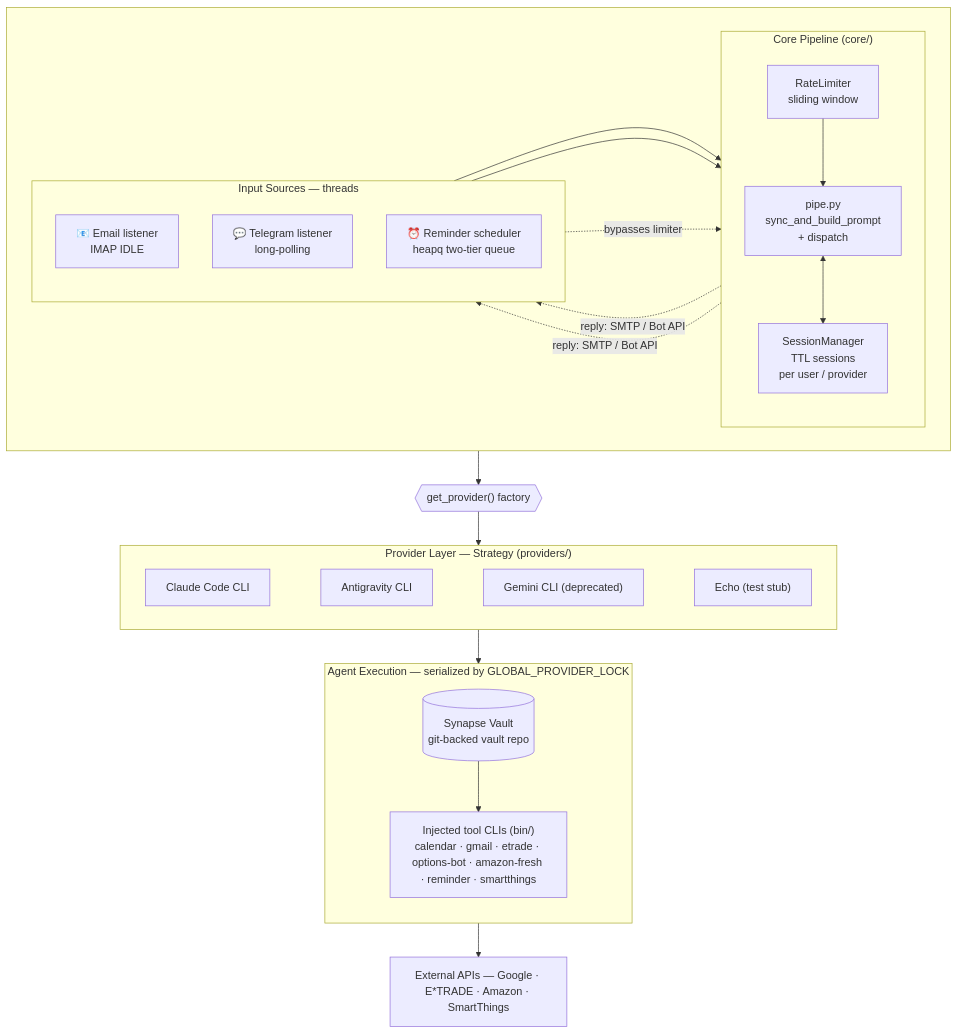
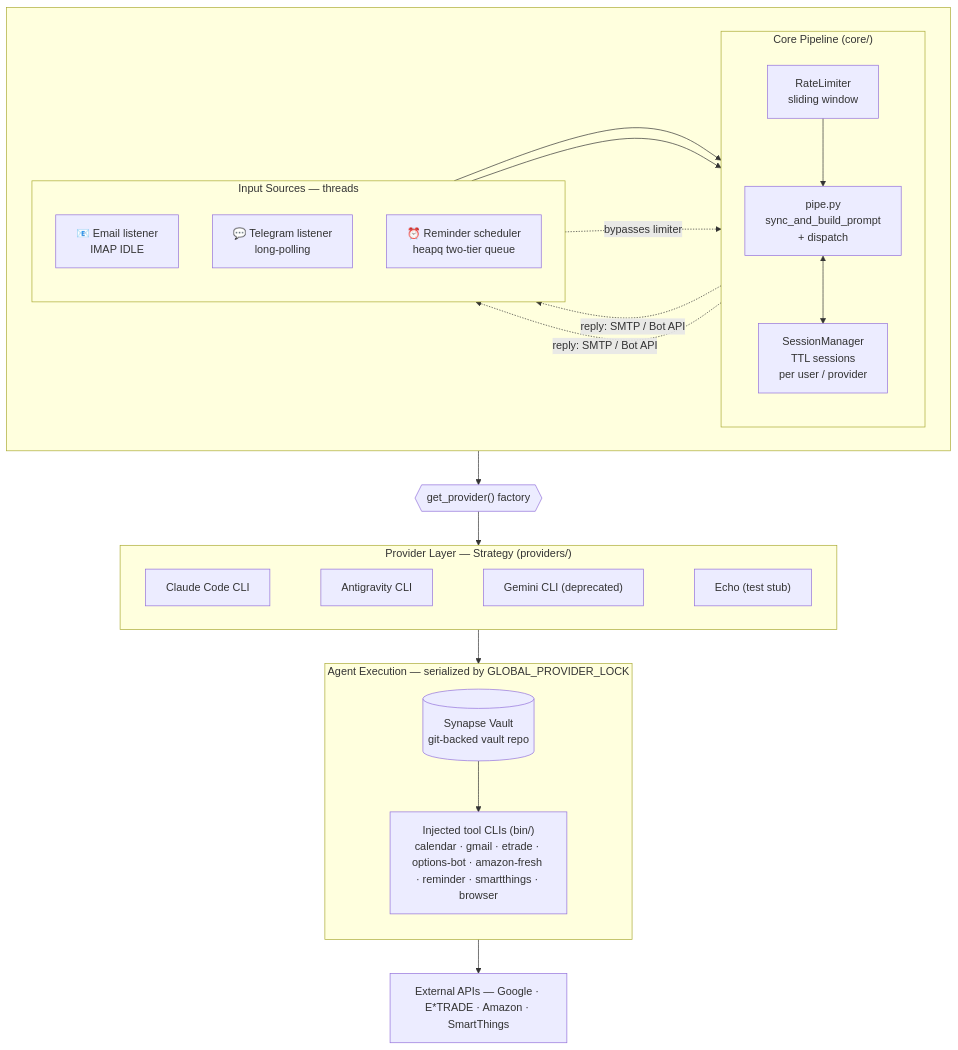
The diagram in README.md (kristianolsson/synapse-engine), drawn with Mermaid before and after one commit. The commit also changed other lines of this file and 46 other files, not shown here.

````diff
--- a/README.md
+++ b/README.md
@@ -30,49 +30,49 @@
 ```mermaid
 flowchart TB
     subgraph top[" "]
         direction LR
         subgraph core["Core Pipeline (core/)"]
             direction TB
             RL["RateLimiter<br/>sliding window"]
             PIPE["pipe.py<br/>sync_and_build_prompt<br/>+ dispatch"]
             SM["SessionManager<br/>TTL sessions<br/>per user / provider"]
             RL --> PIPE
             PIPE <--> SM
         end
         subgraph inputs["Input Sources — threads"]
             direction TB
             EM["📧 Email listener<br/>IMAP IDLE"]
             TG["💬 Telegram listener<br/>long-polling"]
             SC["⏰ Reminder scheduler<br/>heapq two-tier queue"]
         end
     end
 
     FACT{{"get_provider() factory"}}
 
     subgraph prov["Provider Layer — Strategy (providers/)"]
         direction LR
         CLA["Claude Code CLI"]
         AGY["Antigravity CLI"]
         GEM["Gemini CLI (deprecated)"]
         ECHO["Echo (test stub)"]
         CLA ~~~ AGY ~~~ GEM ~~~ ECHO
     end
 
     subgraph exec["Agent Execution — serialized by GLOBAL_PROVIDER_LOCK"]
         direction TB
         VAULT[("Synapse Vault<br/>git-backed vault repo")]
-        TOOLS["Injected tool CLIs (bin/)<br/>calendar · gmail · etrade · options-bot · amazon-fresh · reminder · smartthings"]
+        TOOLS["Injected tool CLIs (bin/)<br/>calendar · gmail · etrade · options-bot · amazon-fresh · reminder · smartthings · browser"]
         VAULT --> TOOLS
     end
 
     EXT["External APIs — Google · E*TRADE · Amazon · SmartThings"]
 
     EM --> RL
     TG --> RL
     SC -. "bypasses limiter" .-> PIPE
     core --> FACT
     FACT --> prov
     prov --> exec
     TOOLS --> EXT
     PIPE -. "reply: SMTP / Bot API" .-> EM & TG
 ```
````
